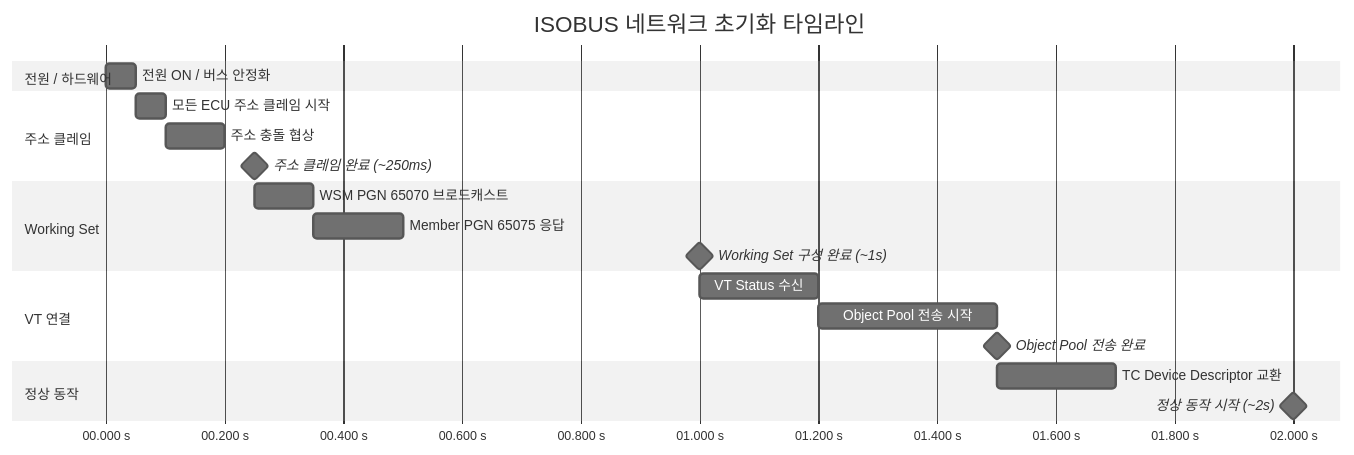
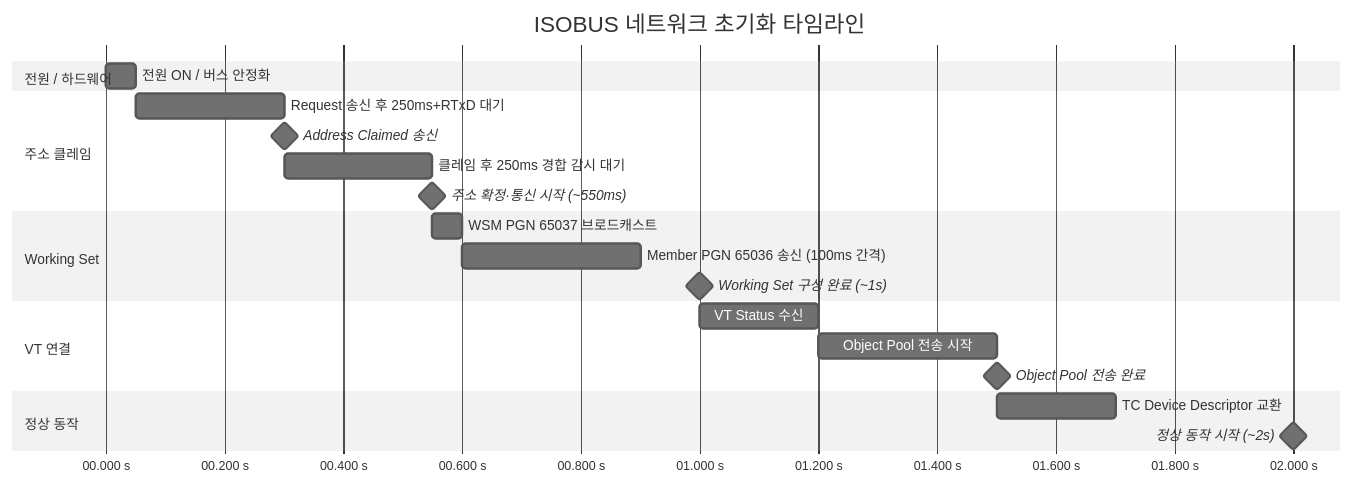
The fourth of 4 diagrams in docs/_study/isobus/14-isobus-network-mgmt.md (hobeen-kim/hobeen-kim.github.io), drawn with Mermaid (neutral theme) before and after one commit. The commit also changed other lines of this file and 18 other files, not shown here.

````diff
--- a/docs/_study/isobus/14-isobus-network-mgmt.md
+++ b/docs/_study/isobus/14-isobus-network-mgmt.md
@@ -144,28 +149,29 @@
 ```mermaid
 gantt
     title ISOBUS 네트워크 초기화 타임라인
     dateFormat  ss.SSS
     axisFormat  %S.%L s
 
     section 전원 / 하드웨어
     전원 ON / 버스 안정화      : 00.000, 50ms
 
     section 주소 클레임
-    모든 ECU 주소 클레임 시작  : 00.050, 50ms
-    주소 충돌 협상             : 00.100, 100ms
-    주소 클레임 완료 (~250ms)  : milestone, 00.250, 0ms
+    Request 송신 후 250ms+RTxD 대기 : 00.050, 250ms
+    Address Claimed 송신            : milestone, 00.300, 0ms
+    클레임 후 250ms 경합 감시 대기  : 00.300, 250ms
+    주소 확정·통신 시작 (~550ms)    : milestone, 00.550, 0ms
 
     section Working Set
-    WSM PGN 65070 브로드캐스트 : 00.250, 100ms
-    Member PGN 65075 응답      : 00.350, 150ms
+    WSM PGN 65037 브로드캐스트 : 00.550, 50ms
+    Member PGN 65036 송신 (100ms 간격) : 00.600, 300ms
     Working Set 구성 완료 (~1s): milestone, 01.000, 0ms
 
     section VT 연결
     VT Status 수신             : 01.000, 200ms
     Object Pool 전송 시작      : 01.200, 300ms
     Object Pool 전송 완료      : milestone, 01.500, 0ms
 
     section 정상 동작
     TC Device Descriptor 교환  : 01.500, 200ms
     정상 동작 시작 (~2s)       : milestone, 02.000, 0ms
 ```
````
